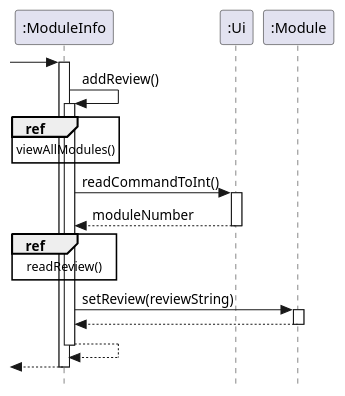
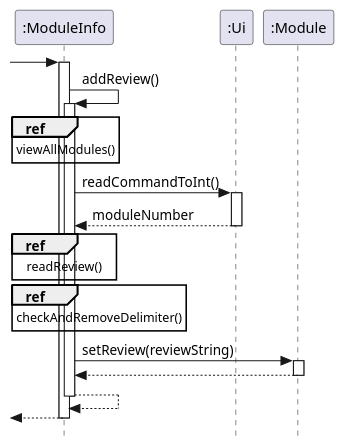
Before and after one commit to nus-cs2113-AY2021S2/tp: the diagram in docs/diagrams/moduleInfo/addNewReview.puml, drawn with PlantUML. The commit also changed 2 other files, not shown here.

Commit message:
edited PPP & addNewReview diagram

```diff
--- a/docs/diagrams/moduleInfo/addNewReview.puml
+++ b/docs/diagrams/moduleInfo/addNewReview.puml
@@ -1,19 +1,20 @@
 @startuml
 skinparam style strictuml
 participant ":ModuleInfo" as ModuleInfo
 participant ":Ui" as Ui
 participant ":Module" as Module
 [-> ModuleInfo:
 activate ModuleInfo
 
     ModuleInfo -> ModuleInfo++ :  addReview()
         ref over ModuleInfo : viewAllModules()
         ModuleInfo -> Ui++ : readCommandToInt()
         return moduleNumber
         ref over ModuleInfo : readReview()
+        ref over ModuleInfo : checkAndRemoveDelimiter()
         ModuleInfo -> Module++ : setReview(reviewString)
         return
     return
 return
 
 @enduml
```
